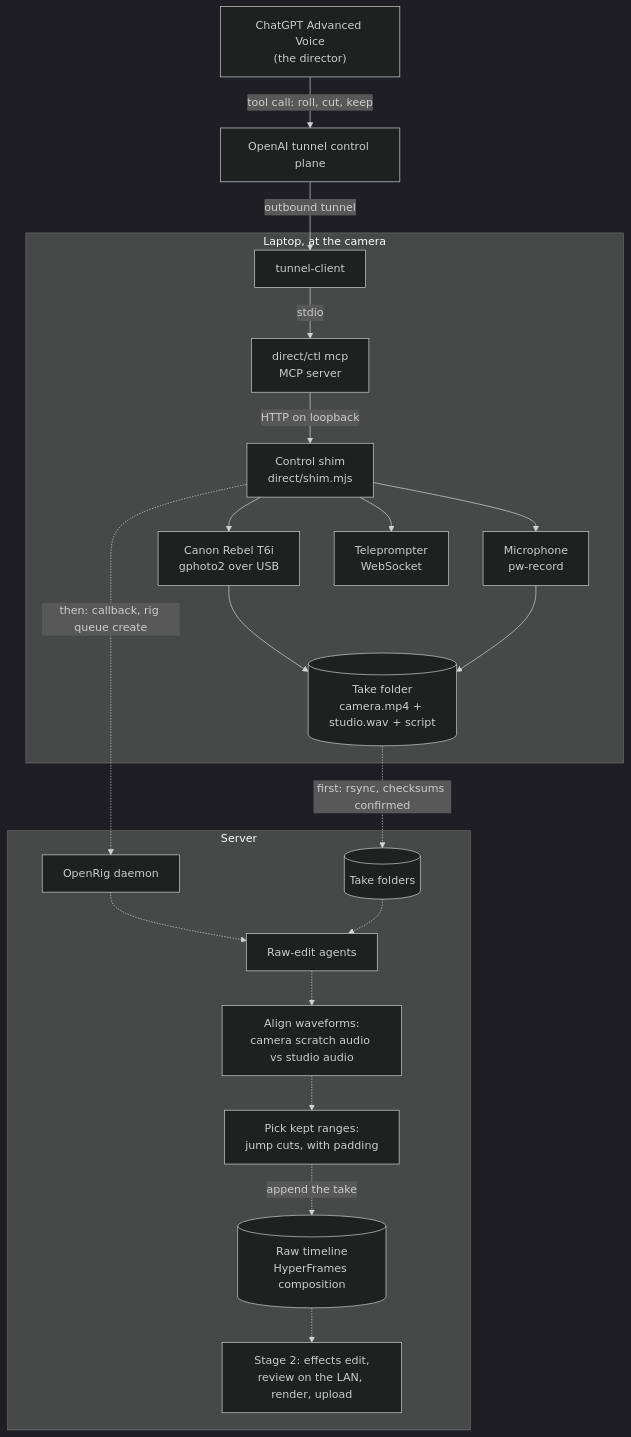
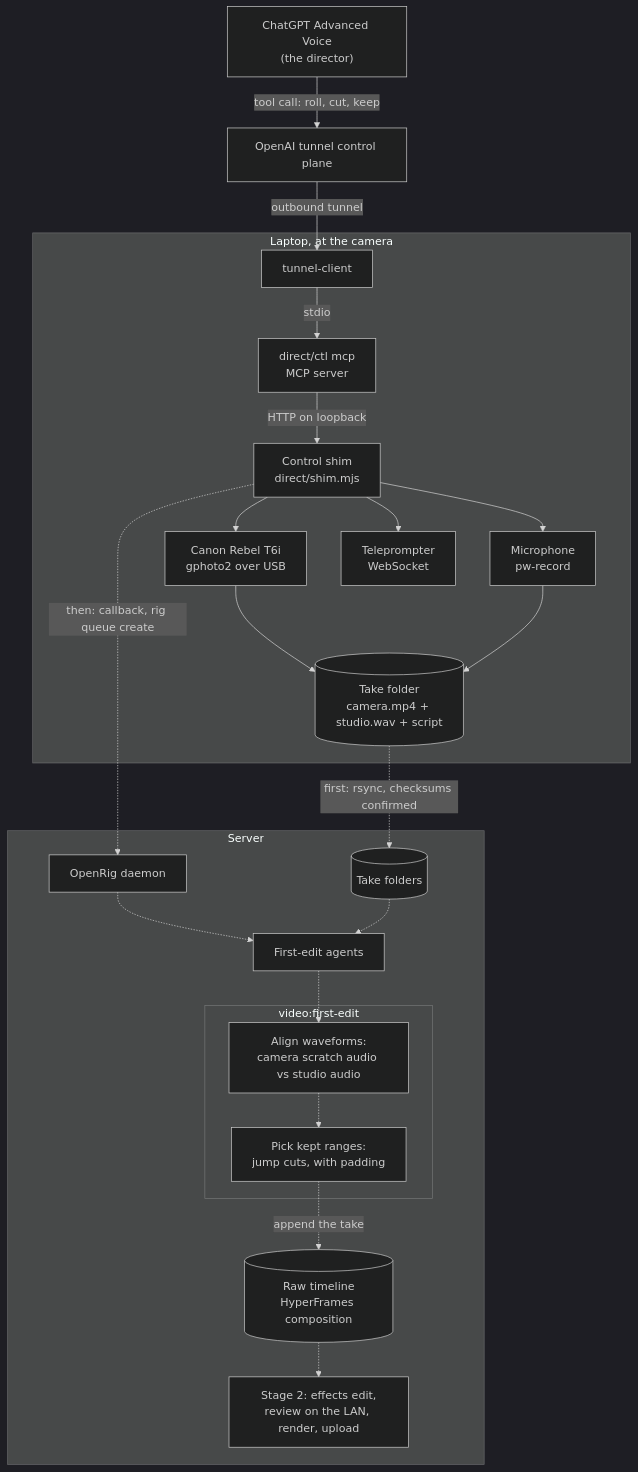
The diagram in README.md (factory-level/video-editing-series), drawn with Mermaid (dark theme) before and after one commit. The commit also changed other lines of this file and 6 other files, not shown here.

First line of the commit message:
Rename raw-edit to first-edit

````diff
--- a/README.md
+++ b/README.md
@@ -17,43 +17,45 @@
 ```mermaid
 flowchart TB
     voice["ChatGPT Advanced Voice<br/>(the director)"]
     cp["OpenAI tunnel control plane"]
 
     subgraph laptop["Laptop, at the camera"]
         tc["tunnel-client"]
         mcp["direct/ctl mcp<br/>MCP server"]
         shim["Control shim<br/>direct/shim.mjs"]
         cam["Canon Rebel T6i<br/>gphoto2 over USB"]
         mic["Microphone<br/>pw-record"]
         tp["Teleprompter<br/>WebSocket"]
         take[("Take folder<br/>camera.mp4 + studio.wav + script")]
     end
 
     subgraph server["Server"]
         media[("Take folders")]
         rig["OpenRig daemon"]
-        agents["Raw-edit agents"]
-        align["Align waveforms:<br/>camera scratch audio vs studio audio"]
-        cut["Pick kept ranges:<br/>jump cuts, with padding"]
+        agents["First-edit agents"]
+        subgraph firstedit["video:first-edit"]
+            align["Align waveforms:<br/>camera scratch audio vs studio audio"]
+            cut["Pick kept ranges:<br/>jump cuts, with padding"]
+        end
         timeline[("Raw timeline<br/>HyperFrames composition")]
         stage2["Stage 2: effects edit,<br/>review on the LAN, render, upload"]
     end
 
     voice -->|"tool call: roll, cut, keep"| cp
     cp -->|"outbound tunnel"| tc
     tc -->|"stdio"| mcp
     mcp -->|"HTTP on loopback"| shim
     shim --> cam
     shim --> mic
     shim --> tp
     cam --> take
     mic --> take
     take -.->|"first: rsync, checksums confirmed"| media
     shim -.->|"then: callback, rig queue create"| rig
     rig -.-> agents
     media -.-> agents
     agents -.-> align
     align -.-> cut
     cut -.->|"append the take"| timeline
     timeline -.-> stage2
 ```
````
